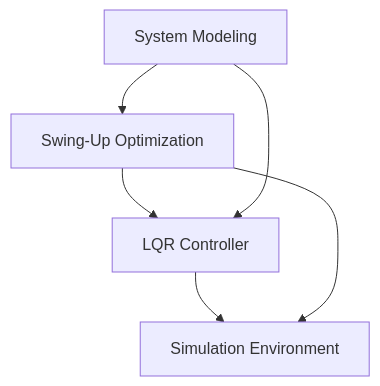
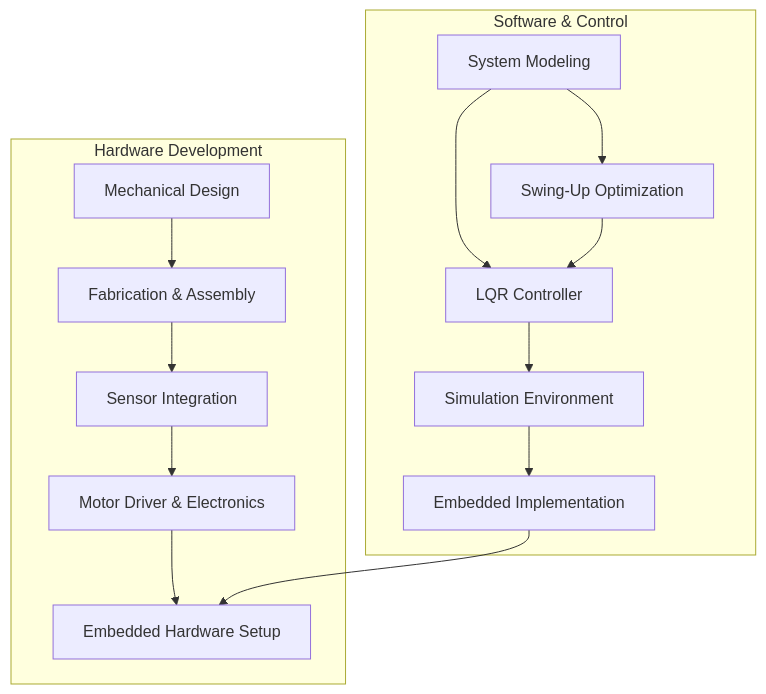
Before and after one commit to epage56/Double-Inverted-Pendulum-Cart-Control: the diagram in README.md, drawn with Mermaid. The commit also changed other lines of this file, not shown here.

Commit message:
fixing hardware x software graph

````diff
--- a/README.md
+++ b/README.md
@@ -66,8 +66,34 @@
 ```mermaid
 graph TD
-    A[System Modeling] --> B[Swing-Up Optimization]
-    B --> C[LQR Controller]
+    subgraph Software & Control
+        A[System Modeling]
+        B[Swing-Up Optimization]
+        C[LQR Controller]
+        D[Simulation Environment]
+        E[Embedded Implementation]
+    end
+
+    subgraph Hardware Development
+        H1[Mechanical Design]
+        H2[Fabrication & Assembly]
+        H3[Sensor Integration]
+        H4[Motor Driver & Electronics]
+        H5[Embedded Hardware Setup]
+    end
+
+    %% Software Flow
+    A --> B
     A --> C
-    C --> D[Simulation Environment]
-    B --> D
+    B --> C
+    C --> D
+    D --> E
+
+    %% Hardware Flow
+    H1 --> H2
+    H2 --> H3
+    H3 --> H4
+    H4 --> H5
+
+    %% Integration
+    E --> H5
 ```
````
